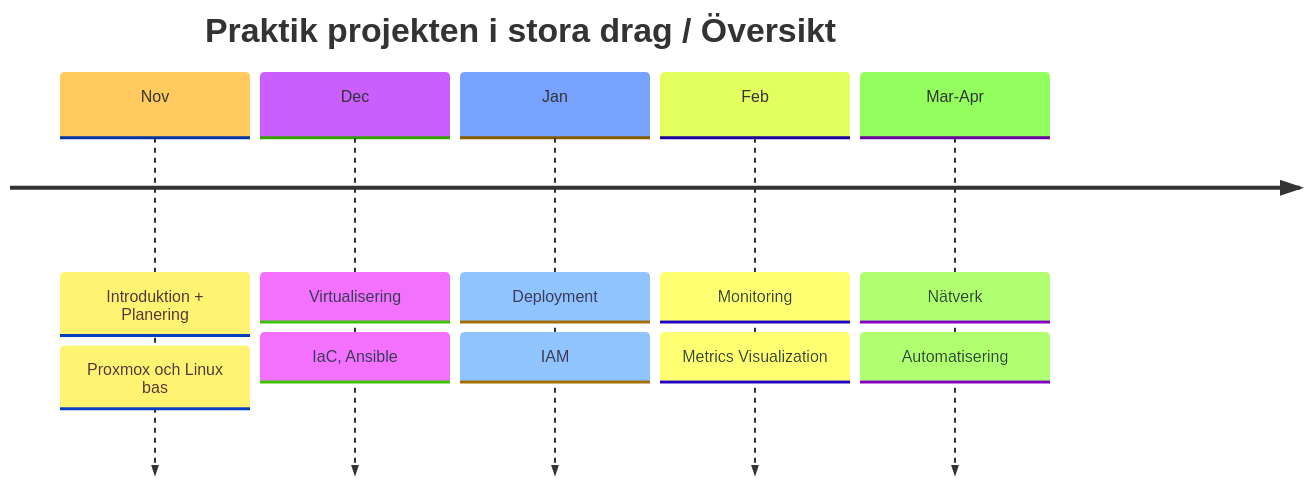
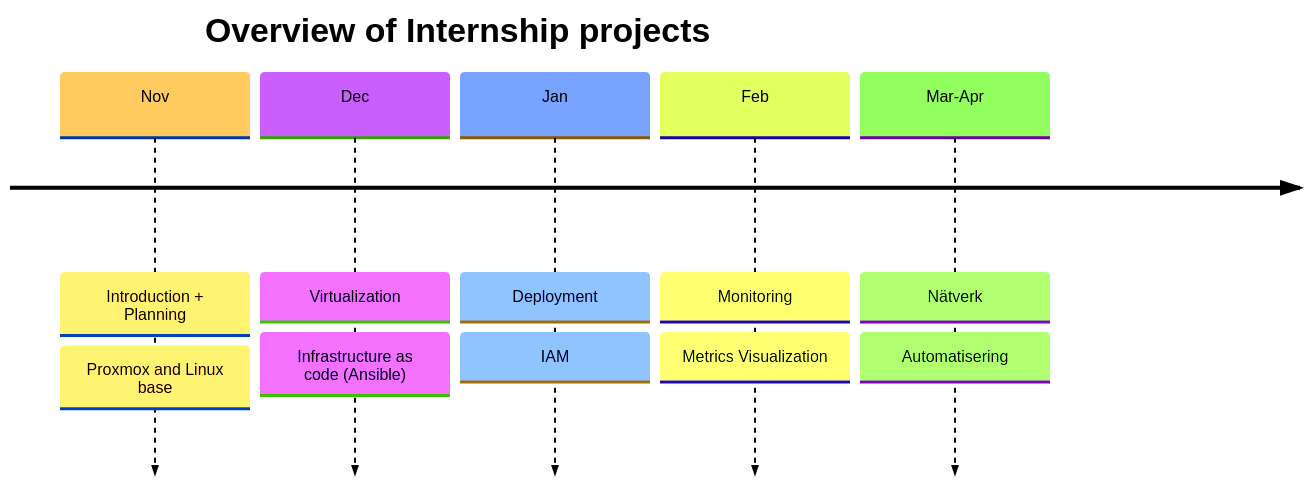
One commit to rafaelurrutiasilva/Proxmox_on_Nuc changed the diagram in Extra/Mermaid/Projects.md. Above: the diagram before and after it, drawn with Mermaid. The commit also changed other lines of this file, not shown here.

Commit message:
Update Mermaid diagram with new theme and titles

````diff
--- a/Extra/Mermaid/Projects.md
+++ b/Extra/Mermaid/Projects.md
@@ -1,14 +1,25 @@
 ```mermaid
-%%{init: { 'logLevel': 'debug', 'theme': 'base' } }%%
+%%{init: {
+    "theme": "base",
+    "themeVariables": {
+        "primaryTextColor": "#000000",
+        "secondaryTextColor": "#000000",
+        "tertiaryTextColor": "#000000",
+        "lineColor": "#000000",
+        "background": "#ffffff"
+    },
+    "themeCSS": ".mermaid svg { background-color: #ffffff !important; }"
+}}%%
+
 timeline
-    title Praktik projekten i stora drag / Översikt 
-    Nov : Introduktion + Planering
-        : Proxmox och Linux bas
-    Dec : Virtualisering : IaC, Ansible
+    title Overview of Internship projects
+    Nov : Introduction + Planning
+        : Proxmox and Linux base
+    Dec : Virtualization : Infrastructure as code (Ansible)
     Jan : Deployment
          : IAM
     Feb : Monitoring : Metrics Visualization
     Mar-Apr : Nätverk
         : Automatisering
     
 ```
````
